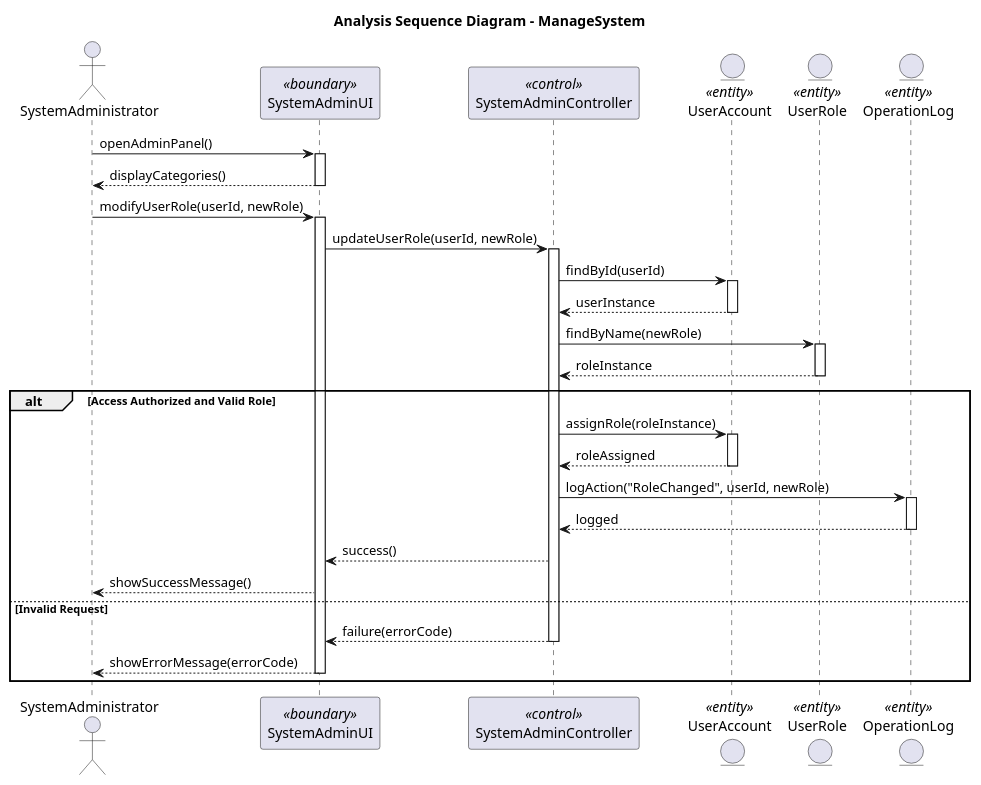
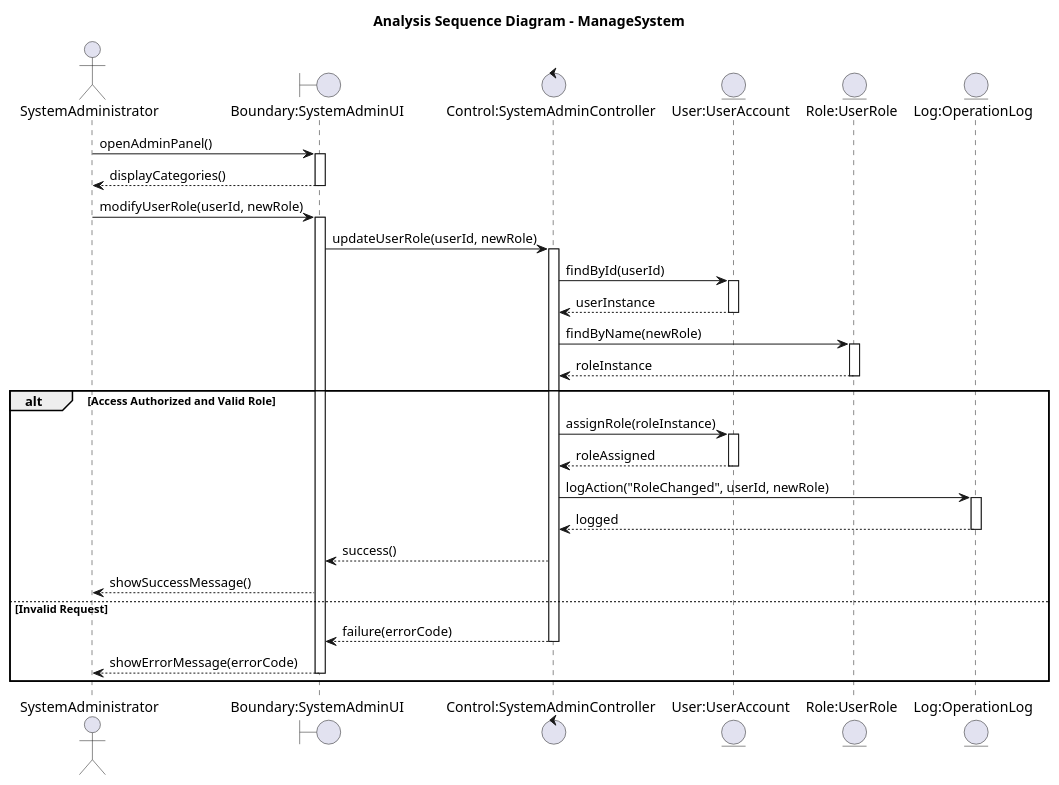
The diagram in docs/details/UC007_ManageSystem/sequence_analysis_manage_system.puml (nqd2/2025.2-166155-15), drawn with PlantUML before and after one commit. The commit also changed 176 other files, not shown here.

```diff
--- a/docs/details/UC007_ManageSystem/sequence_analysis_manage_system.puml
+++ b/docs/details/UC007_ManageSystem/sequence_analysis_manage_system.puml
@@ -1,50 +1,50 @@
 @startuml sequence_analysis_manage_system
 title Analysis Sequence Diagram - ManageSystem
 
 actor SystemAdministrator as Actor
-participant "SystemAdminUI" as Boundary <<boundary>>
-participant "SystemAdminController" as Control <<control>>
-entity "UserAccount" as User <<entity>>
-entity "UserRole" as Role <<entity>>
-entity "OperationLog" as Log <<entity>>
+boundary "Boundary:SystemAdminUI" as Boundary
+control "Control:SystemAdminController" as Control
+entity "User:UserAccount" as User
+entity "Role:UserRole" as Role
+entity "Log:OperationLog" as Log
 
 Actor -> Boundary : openAdminPanel()
 activate Boundary
 Boundary --> Actor : displayCategories()
 deactivate Boundary
 
 Actor -> Boundary : modifyUserRole(userId, newRole)
 activate Boundary
 Boundary -> Control : updateUserRole(userId, newRole)
 activate Control
 
 Control -> User : findById(userId)
 activate User
 User --> Control : userInstance
 deactivate User
 
 Control -> Role : findByName(newRole)
 activate Role
 Role --> Control : roleInstance
 deactivate Role
 
 alt Access Authorized and Valid Role
   Control -> User : assignRole(roleInstance)
   activate User
   User --> Control : roleAssigned
   deactivate User
   
   Control -> Log : logAction("RoleChanged", userId, newRole)
   activate Log
   Log --> Control : logged
   deactivate Log
   
   Control --> Boundary : success()
   Boundary --> Actor : showSuccessMessage()
 else Invalid Request
   Control --> Boundary : failure(errorCode)
   deactivate Control
   Boundary --> Actor : showErrorMessage(errorCode)
   deactivate Boundary
 end
 @enduml
```
